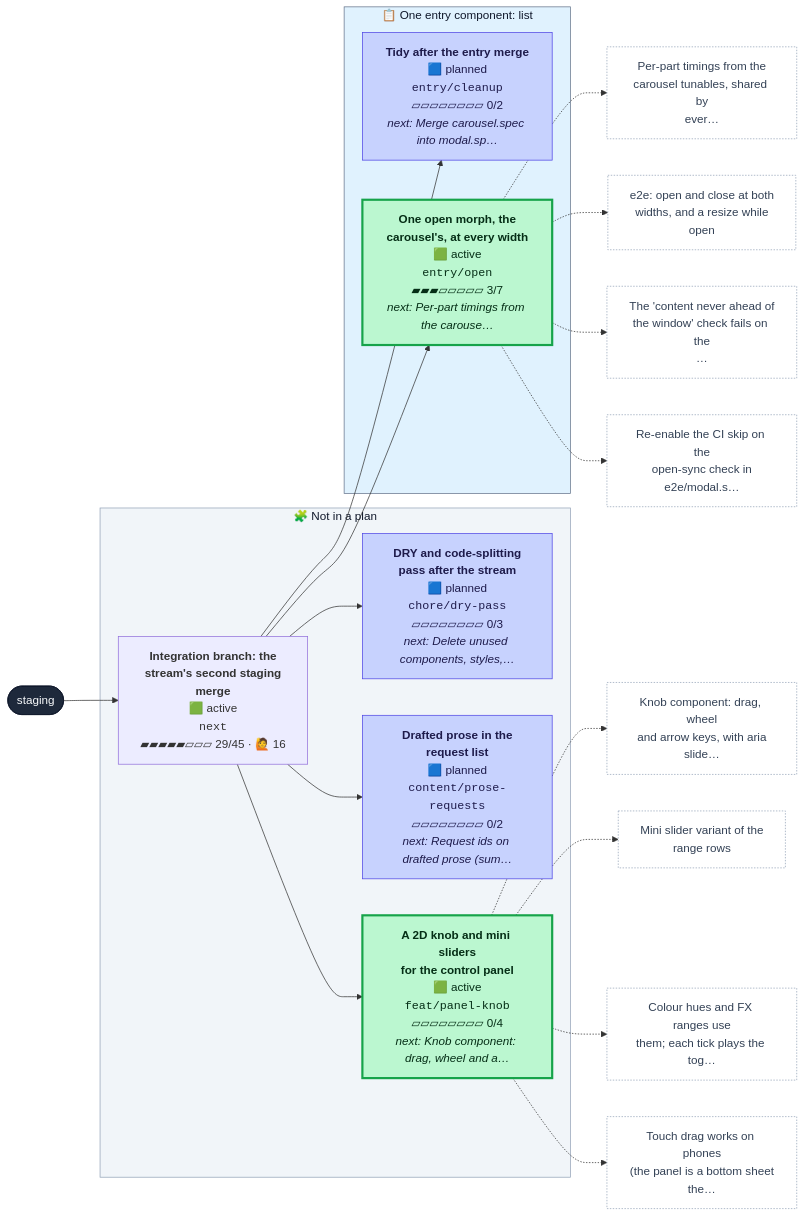
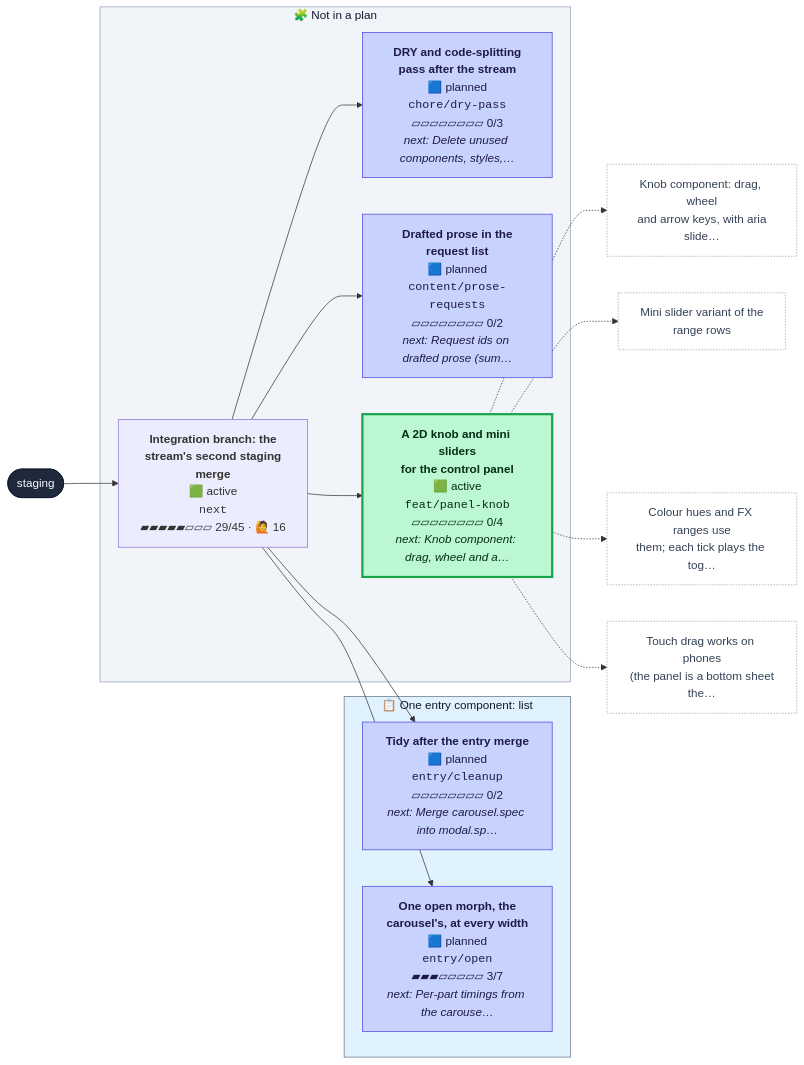
The first of 2 diagrams in CONTRIBUTING.md (henryjonescodes/portfolio), drawn with Mermaid before and after one commit. The commit also changed other lines of this file, not shown here.

````diff
--- a/CONTRIBUTING.md
+++ b/CONTRIBUTING.md
@@ -16,62 +16,50 @@
 ```mermaid
 flowchart LR
   n_staging([staging])
   class n_staging trunk
   subgraph plan_0["📋 One entry component: list"]
     n_entry_cleanup["<b>Tidy after the entry merge</b><br/>🟦 planned<br/><code>entry/cleanup</code><br/>▱▱▱▱▱▱▱▱ 0/2<br/><i>next: Merge carousel.spec into modal.sp…</i>"]
     class n_entry_cleanup planned
-    n_entry_open["<b>One open morph, the<br/>carousel's, at every width</b><br/>🟩 active<br/><code>entry/open</code><br/>▰▰▰▱▱▱▱▱ 3/7<br/><i>next: Per-part timings from the carouse…</i>"]
-    class n_entry_open active
+    n_entry_open["<b>One open morph, the<br/>carousel's, at every width</b><br/>🟦 planned<br/><code>entry/open</code><br/>▰▰▰▱▱▱▱▱ 3/7<br/><i>next: Per-part timings from the carouse…</i>"]
+    class n_entry_open planned
   end
   style plan_0 fill:#e0f2fe,stroke:#64748b,color:#0f172a
   subgraph loose["🧩 Not in a plan"]
     n_chore_dry_pass["<b>DRY and code-splitting<br/>pass after the stream</b><br/>🟦 planned<br/><code>chore/dry-pass</code><br/>▱▱▱▱▱▱▱▱ 0/3<br/><i>next: Delete unused components, styles,…</i>"]
     class n_chore_dry_pass planned
     n_content_prose_requests["<b>Drafted prose in the<br/>request list</b><br/>🟦 planned<br/><code>content/prose-requests</code><br/>▱▱▱▱▱▱▱▱ 0/2<br/><i>next: Request ids on drafted prose (sum…</i>"]
     class n_content_prose_requests planned
     n_feat_panel_knob["<b>A 2D knob and mini sliders<br/>for the control panel</b><br/>🟩 active<br/><code>feat/panel-knob</code><br/>▱▱▱▱▱▱▱▱ 0/4<br/><i>next: Knob component: drag, wheel and a…</i>"]
     class n_feat_panel_knob active
     n_next["<b>Integration branch: the<br/>stream's second staging<br/>merge</b><br/>🟩 active<br/><code>next</code><br/>▰▰▰▰▰▱▱▱ 29/45 · 🙋 16"]
     class n_next active,current
   end
   style loose fill:#f1f5f9,stroke:#94a3b8,color:#0f172a
   n_next --> n_chore_dry_pass
   n_next --> n_content_prose_requests
   n_next --> n_entry_cleanup
   n_next --> n_entry_open
   n_next --> n_feat_panel_knob
   n_staging --> n_next
-  n_entry_open_t0["Per-part timings from the<br/>carousel tunables, shared by<br/>ever…"]
-  class n_entry_open_t0 todo
-  n_entry_open -.-> n_entry_open_t0
-  n_entry_open_t1["e2e: open and close at both<br/>widths, and a resize while<br/>open"]
-  class n_entry_open_t1 todo
-  n_entry_open -.-> n_entry_open_t1
-  n_entry_open_t2["The 'content never ahead of<br/>the window' check fails on the<br/>…"]
-  class n_entry_open_t2 todo
-  n_entry_open -.-> n_entry_open_t2
-  n_entry_open_t3["Re-enable the CI skip on the<br/>open-sync check in<br/>e2e/modal.s…"]
-  class n_entry_open_t3 todo
-  n_entry_open -.-> n_entry_open_t3
   n_feat_panel_knob_t0["Knob component: drag, wheel<br/>and arrow keys, with aria<br/>slide…"]
   class n_feat_panel_knob_t0 todo
   n_feat_panel_knob -.-> n_feat_panel_knob_t0
   n_feat_panel_knob_t1["Mini slider variant of the<br/>range rows"]
   class n_feat_panel_knob_t1 todo
   n_feat_panel_knob -.-> n_feat_panel_knob_t1
   n_feat_panel_knob_t2["Colour hues and FX ranges use<br/>them; each tick plays the tog…"]
   class n_feat_panel_knob_t2 todo
   n_feat_panel_knob -.-> n_feat_panel_knob_t2
   n_feat_panel_knob_t3["Touch drag works on phones<br/>(the panel is a bottom sheet<br/>the…"]
   class n_feat_panel_knob_t3 todo
   n_feat_panel_knob -.-> n_feat_panel_knob_t3
   classDef merged fill:#dcfce7,stroke:#16a34a,color:#052e16
   classDef todo fill:#ffffff,stroke:#94a3b8,stroke-dasharray:2 2,color:#334155
   classDef planned fill:#c7d2fe,stroke:#4f46e5,color:#1e1b4b
   classDef sketched fill:#f8fafc,stroke:#64748b,stroke-dasharray:4 3,color:#334155
   classDef active fill:#bbf7d0,stroke:#16a34a,stroke-width:3px,color:#052e16
   classDef review fill:#fde68a,stroke:#d97706,stroke-width:3px,color:#451a03
   classDef blocked fill:#fecaca,stroke:#dc2626,stroke-width:3px,color:#450a0a
   classDef trunk fill:#1e293b,stroke:#0f172a,color:#f8fafc
   classDef current stroke:#0ea5e9,stroke-width:5px
 ```
````
